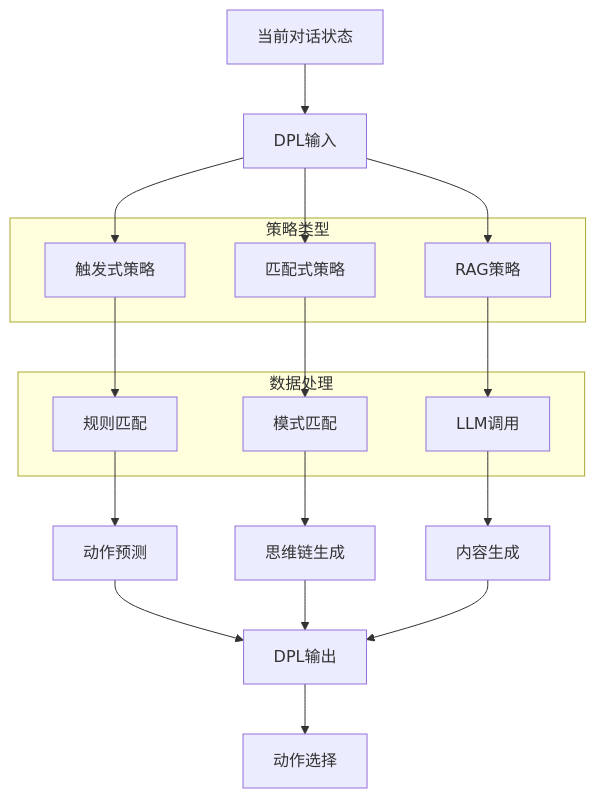
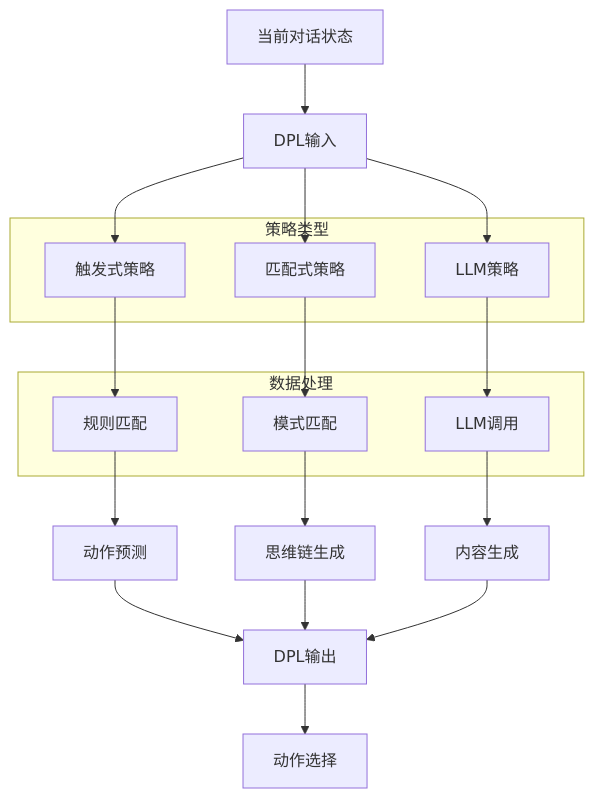
Before and after one commit to CotaAI/cota: the fourth of 14 diagrams in docs/src/architecture/data-flow.md, drawn with Mermaid. The commit also changed 6 other files, not shown here.

````diff
--- a/docs/src/architecture/data-flow.md
+++ b/docs/src/architecture/data-flow.md
@@ -164,30 +164,30 @@
 ```mermaid
 graph TD
     DST[当前对话状态] --> DPLInput[DPL输入]
     
     subgraph "策略类型"
         TriggerDPL[触发式策略]
         MatchDPL[匹配式策略]
-        RAGDPL[RAG策略]
+        LLMDPL[LLM策略]
     end
     
     DPLInput --> TriggerDPL
     DPLInput --> MatchDPL
-    DPLInput --> RAGDPL
+    DPLInput --> LLMDPL
     
     subgraph "数据处理"
         TriggerDPL --> RuleMatch[规则匹配]
         MatchDPL --> PatternMatch[模式匹配]
-        RAGDPL --> LLMCall[LLM调用]
+        LLMDPL --> LLMCall[LLM调用]
     end
     
     RuleMatch --> ActionPredict[动作预测]
     PatternMatch --> ThoughtGen[思维链生成]
     LLMCall --> ContentGen[内容生成]
     
     ActionPredict --> DPLOutput[DPL输出]
     ThoughtGen --> DPLOutput
     ContentGen --> DPLOutput
     
     DPLOutput --> ActionSelection[动作选择]
 ```
````
